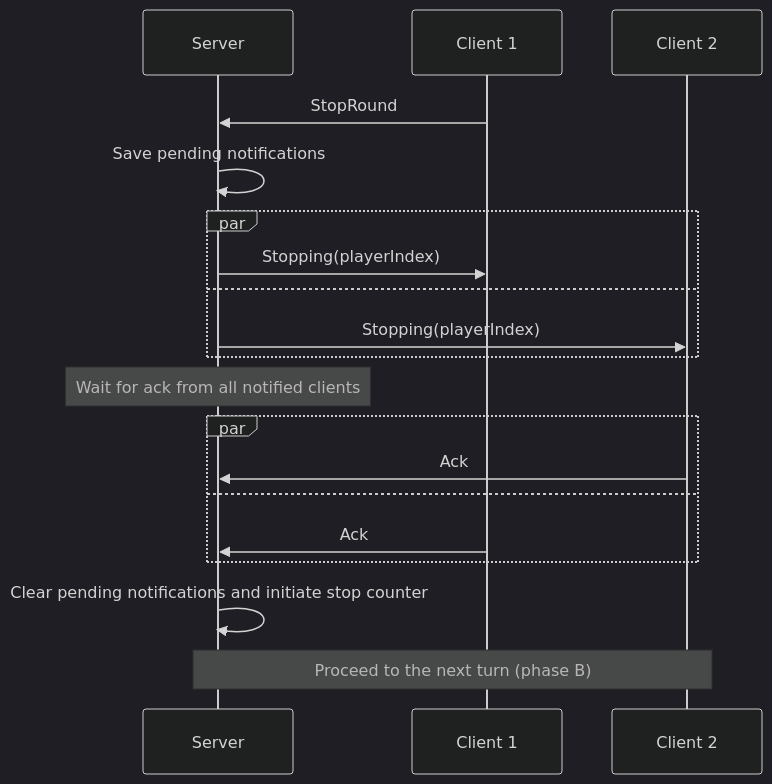
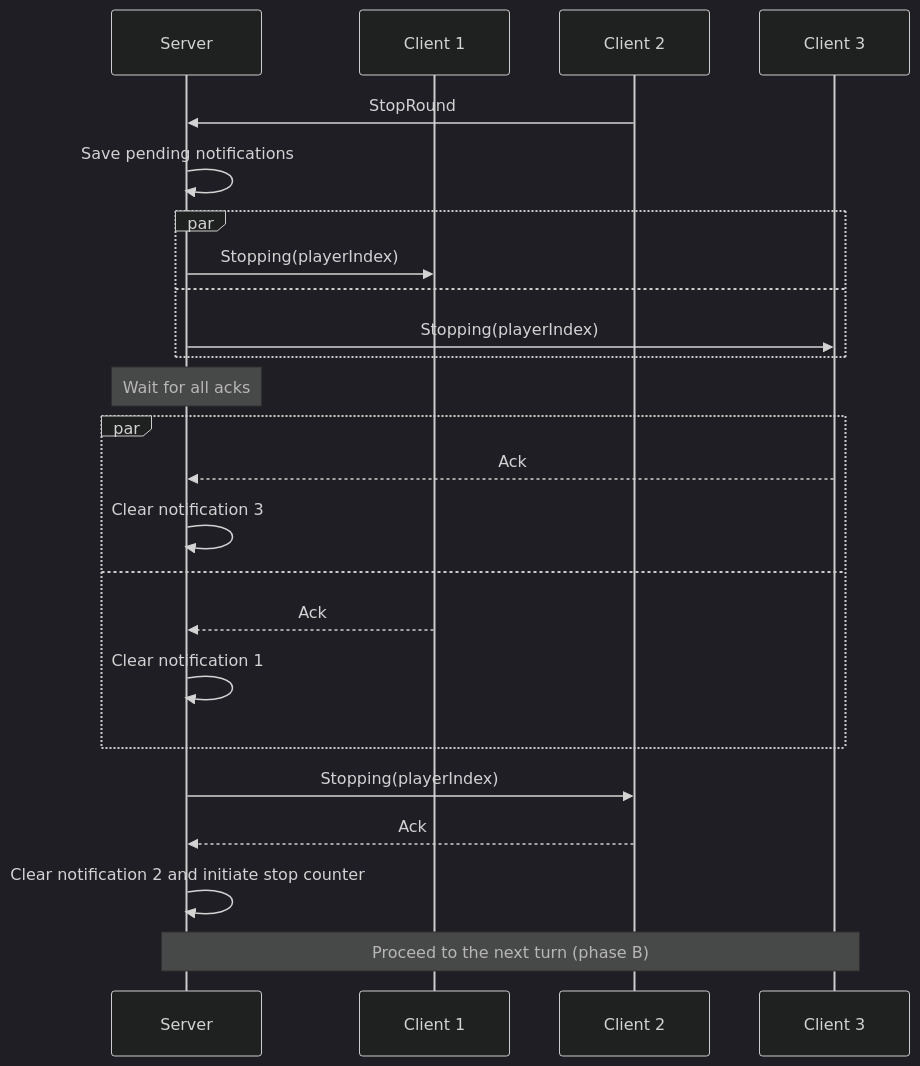
The eighth of 15 diagrams in README.md (roman-zubarevich/another), drawn with Mermaid (dark theme) before and after one commit. The commit also changed other lines of this file, not shown here.

````diff
--- a/README.md
+++ b/README.md
@@ -188,21 +220,26 @@
 ```mermaid
 sequenceDiagram
     participant S as Server
     participant C1 as Client 1
     participant C2 as Client 2
-    C1->>S: StopRound
+    participant C3 as Client 3
+    C2->>S: StopRound
     S->>S: Save pending notifications
     par
         S->>C1: Stopping(playerIndex)
     and
-        S->>C2: Stopping(playerIndex)
+        S->>C3: Stopping(playerIndex)
     end
-    Note over S: Wait for ack from all notified clients
+    Note over S: Wait for all acks
     par
-        C2->>S: Ack
+        C3-->>S: Ack
+        S->>S: Clear notification 3
     and
-        C1->>S: Ack
+        C1-->>S: Ack
+        S->>S: Clear notification 1
     end
-    S->>S: Clear pending notifications and initiate stop counter
-    Note over S,C2: Proceed to the next turn (phase B)
+    S->>C2: Stopping(playerIndex)
+    C2-->>S: Ack
+    S->>S: Clear notification 2 and initiate stop counter
+    Note over S,C3: Proceed to the next turn (phase B)
 ```
````
